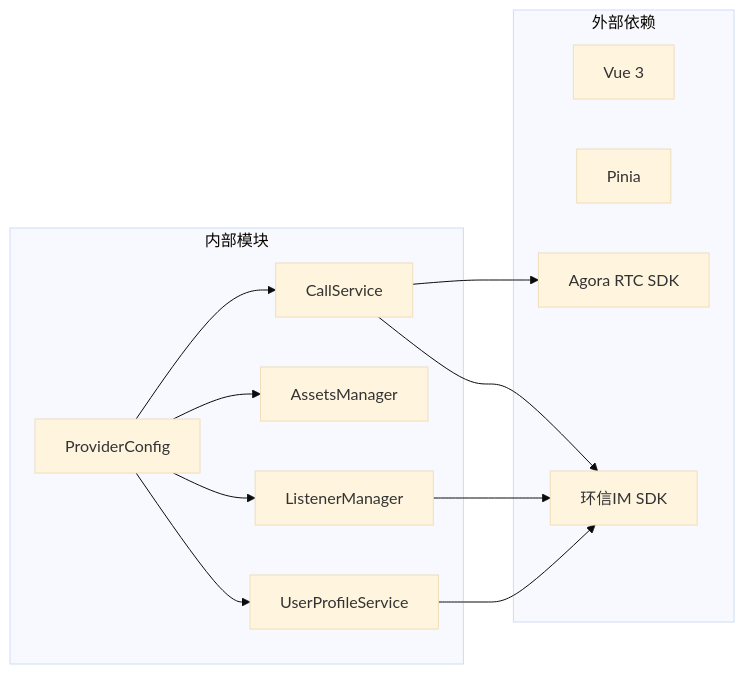
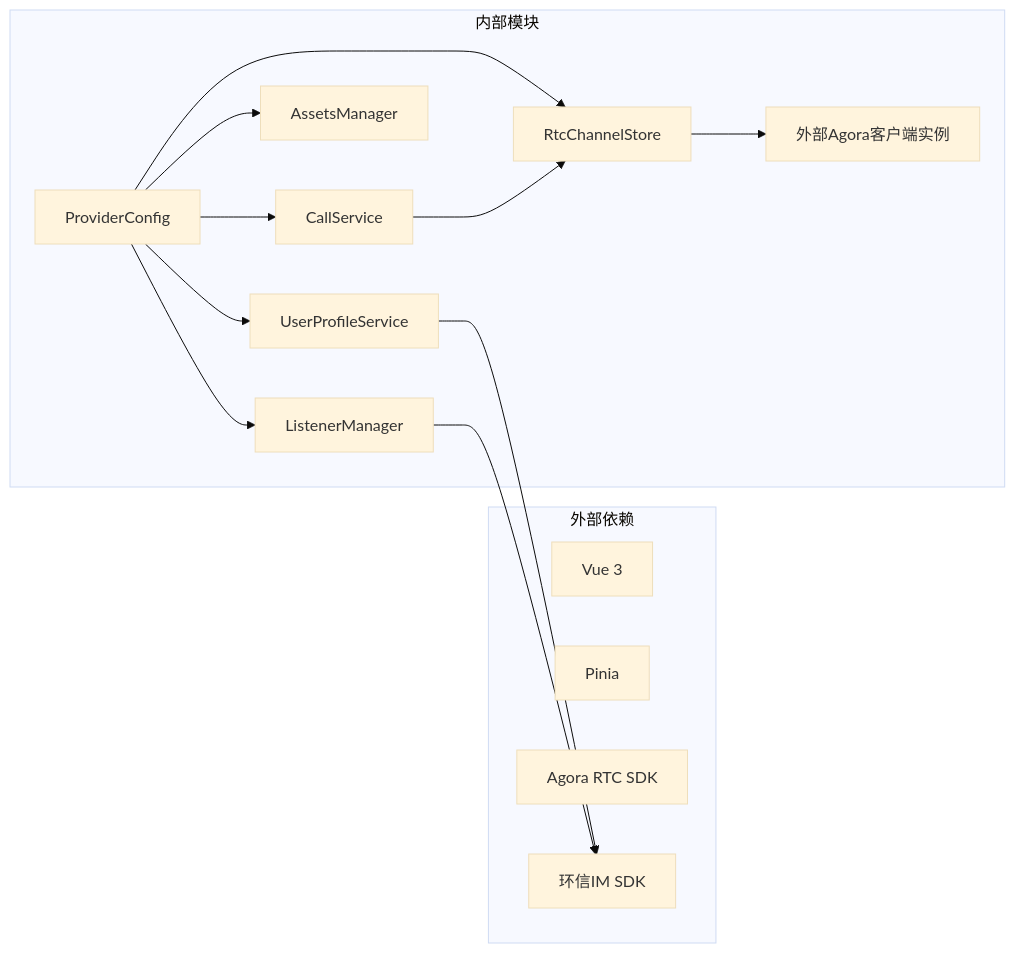
The seventh of 8 diagrams in .qoder/repowiki/zh/content/Provider Config Interface.md (Easemob-Community/easemob-uikit-callkit-vue3), drawn with Mermaid (base theme) before and after one commit. The commit also changed other lines of this file and 6 other files, not shown here.

````diff
--- a/.qoder/repowiki/zh/content/Provider Config Interface.md
+++ b/.qoder/repowiki/zh/content/Provider Config Interface.md
@@ -286,24 +318,27 @@
 ```mermaid
 graph LR
 subgraph "外部依赖"
 A[Vue 3]
 B[Pinia]
 C[Agora RTC SDK]
 D[环信IM SDK]
 end
 subgraph "内部模块"
 E[ProviderConfig]
 F[UserProfileService]
 G[AssetsManager]
 H[ListenerManager]
 I[CallService]
+J[RtcChannelStore]
+K[外部Agora客户端实例]
 end
 E --> F
 E --> G
 E --> H
 E --> I
+E --> J
 F --> D
 H --> D
-I --> C
-I --> D
+I --> J
+J --> K
 ```
````
